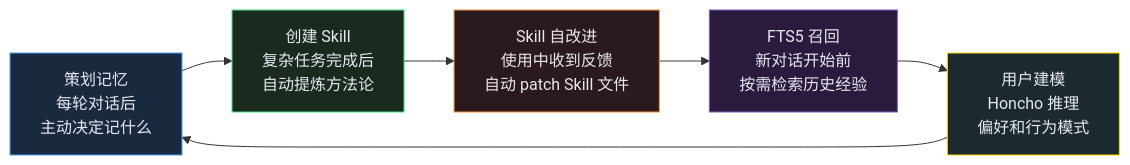
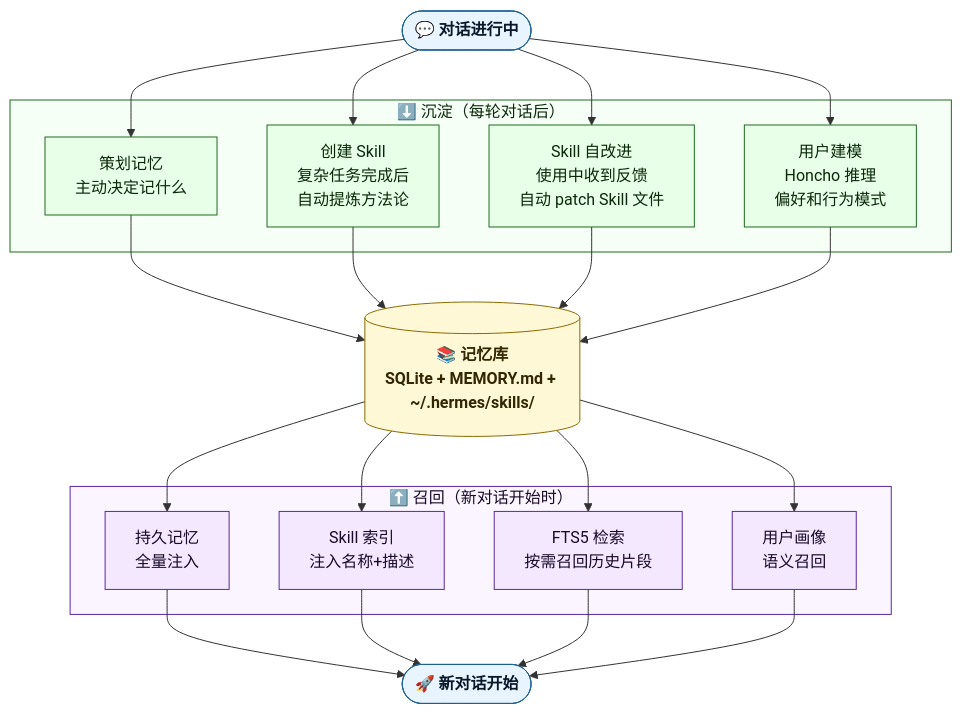
One commit to windyagain/hermes-agent changed the second of 5 diagrams in hermes-agent-complete.md. Above: the diagram before and after it, drawn with Mermaid. The commit also changed other lines of this file, not shown here.

Commit message:
docs: add skill index mechanism, curator state flow, and fix mermaid styles

````diff
--- a/hermes-agent-complete.md
+++ b/hermes-agent-complete.md
@@ -78,14 +135,44 @@
 ```mermaid
-flowchart LR
-    A["策划记忆\n每轮对话后\n主动决定记什么"] --> B["创建 Skill\n复杂任务完成后\n自动提炼方法论"]
-    B --> C["Skill 自改进\n使用中收到反馈\n自动 patch Skill 文件"]
-    C --> D["FTS5 召回\n新对话开始前\n按需检索历史经验"]
-    D --> E["用户建模\nHoncho 推理\n偏好和行为模式"]
-    E --> A
+flowchart TB
+    CONV(["💬 对话进行中"])
 
-    style A fill:#1a2a3e,stroke:#4a9eff,color:#e8e8f0
-    style B fill:#1a2a1e,stroke:#4ade80,color:#e8e8f0
-    style C fill:#2a1a1e,stroke:#fb923c,color:#e8e8f0
-    style D fill:#2a1a3e,stroke:#7c5cbf,color:#e8e8f0
-    style E fill:#1a2a2e,stroke:#FFD700,color:#e8e8f0
+    subgraph 沉淀["⬇️ 沉淀（每轮对话后）"]
+        S1["策划记忆<br/>主动决定记什么"]
+        S2["创建 Skill<br/>复杂任务完成后<br/>自动提炼方法论"]
+        S3["Skill 自改进<br/>使用中收到反馈<br/>自动 patch Skill 文件"]
+        S4["用户建模<br/>Honcho 推理<br/>偏好和行为模式"]
+    end
+
+    MEM[("📚 记忆库<br/>SQLite + MEMORY.md + ~/.hermes/skills/")]
+
+    subgraph 召回["⬆️ 召回（新对话开始时）"]
+        R1["持久记忆<br/>全量注入"]
+        R2["Skill 索引<br/>注入名称+描述"]
+        R3["FTS5 检索<br/>按需召回历史片段"]
+        R4["用户画像<br/>语义召回"]
+    end
+
+    NEXT(["🚀 新对话开始"])
+
+    CONV --> S1 --> MEM
+    CONV --> S2 --> MEM
+    CONV --> S3 --> MEM
+    CONV --> S4 --> MEM
+    MEM --> R1 --> NEXT
+    MEM --> R2 --> NEXT
+    MEM --> R3 --> NEXT
+    MEM --> R4 --> NEXT
+
+    classDef stage fill:#e8f4ff,stroke:#1e6091,color:#0a1929,font-weight:bold
+    classDef sink fill:#e8ffe8,stroke:#1f6b1f,color:#0a290a
+    classDef source fill:#f3e8ff,stroke:#5a2a9b,color:#1a0a29
+    classDef store fill:#fff8d6,stroke:#8a6a00,color:#332600,font-weight:bold
+
+    class CONV,NEXT stage
+    class S1,S2,S3,S4 sink
+    class R1,R2,R3,R4 source
+    class MEM store
+
+    style 沉淀 fill:#f5fff5,stroke:#1f6b1f,color:#0a290a
+    style 召回 fill:#faf5ff,stroke:#5a2a9b,color:#1a0a29
 ```
````
